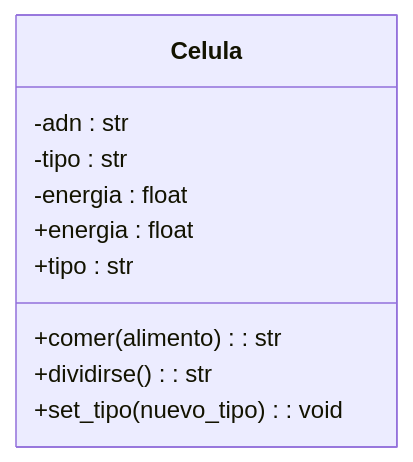
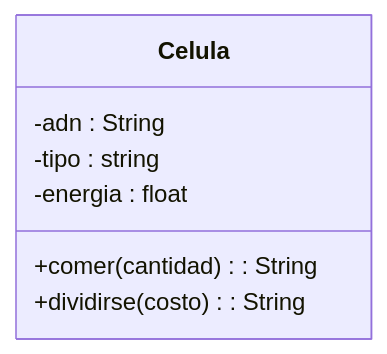
The diagram in retos_sesion_04/ejercicio_02.md (PatoAparicio/psg-oop-2025), drawn with Mermaid before and after one commit. The commit also changed other lines of this file and 3 other files, not shown here.

````diff
--- a/retos_sesion_04/ejercicio_02.md
+++ b/retos_sesion_04/ejercicio_02.md
@@ -29,13 +41,10 @@
 ```mermaid
 classDiagram
     class Celula {
-        -adn : str
-        -tipo : str
+        -adn : String
+        -tipo : string
         -energia : float
-        +comer(alimento) : str
-        +dividirse() : str
-        +energia : float
-        +tipo : str
-        +set_tipo(nuevo_tipo) : void
+        +comer(cantidad) : String
+        +dividirse(costo) : String
     }
 ```
````
